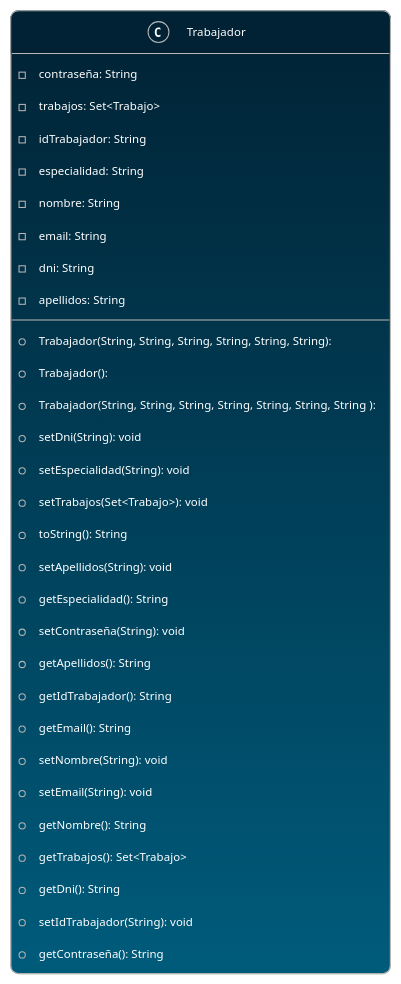
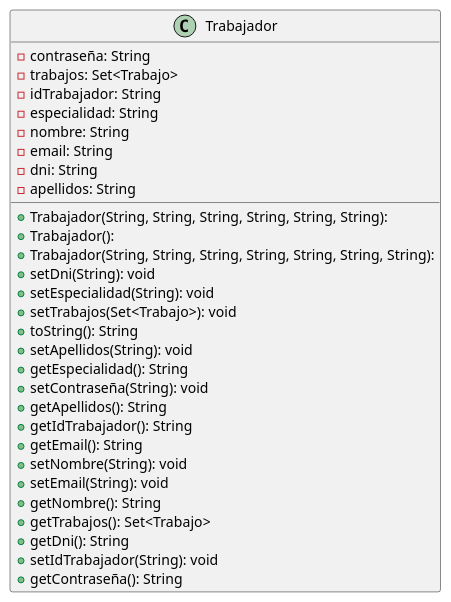
The diagram in Writerside/topics/API/Trabajador/Trabajador.md (DanielAlmazan/DanielAlmazan.github.io), drawn with PlantUML before and after one commit. The commit also changed other lines of this file and 8 other files, not shown here.

````diff
--- a/Writerside/topics/API/Trabajador/Trabajador.md
+++ b/Writerside/topics/API/Trabajador/Trabajador.md
@@ -5,51 +5,37 @@
 ```plantuml
 @startuml
-!theme metal
-skinparam class {
-  BackgroundColor #012234-005b7b
-  HeaderBackgroundColor #012234
-}
-skinparam interface {
-  BackgroundColor #18181A
-}
-skinparam enum {
-  BackgroundColor #18181A
-}
-skinparam package {
-  BackgroundColor #18181A
-}
-skinparam DefaultFontColor white
 
 class Trabajador {
-  + Trabajador(String, String, String, String, String, String): 
+  + Trabajador\
+(String, String, String, String, String, String): 
   + Trabajador(): 
-  + Trabajador(String, String, String, String, String, String, String\
-  ): 
+  + Trabajador\
+(String, String, String, String, String, String, String): 
   - contraseña: String
   - trabajos: Set<Trabajo>
   - idTrabajador: String
   - especialidad: String
   - nombre: String
   - email: String
   - dni: String
   - apellidos: String
   + setDni(String): void
   + setEspecialidad(String): void
   + setTrabajos(Set<Trabajo>): void
   + toString(): String
   + setApellidos(String): void
   + getEspecialidad(): String
   + setContraseña(String): void
   + getApellidos(): String
   + getIdTrabajador(): String
   + getEmail(): String
   + setNombre(String): void
   + setEmail(String): void
   + getNombre(): String
   + getTrabajos(): Set<Trabajo>
   + getDni(): String
   + setIdTrabajador(String): void
   + getContraseña(): String
 }
 @enduml
 ```
````
